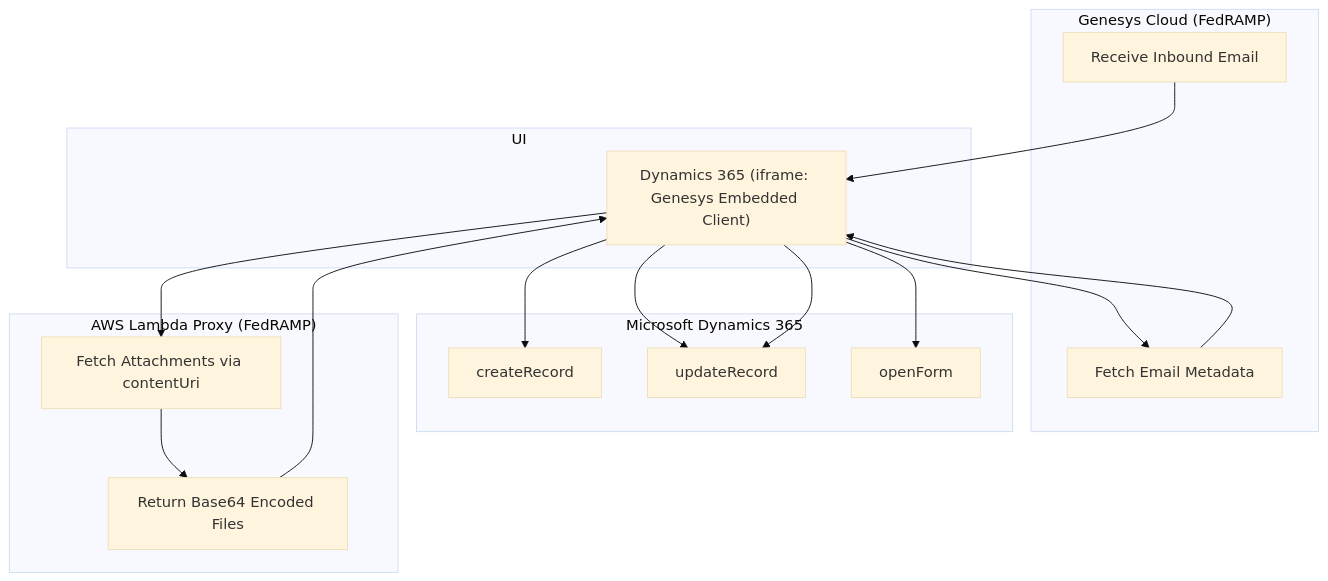
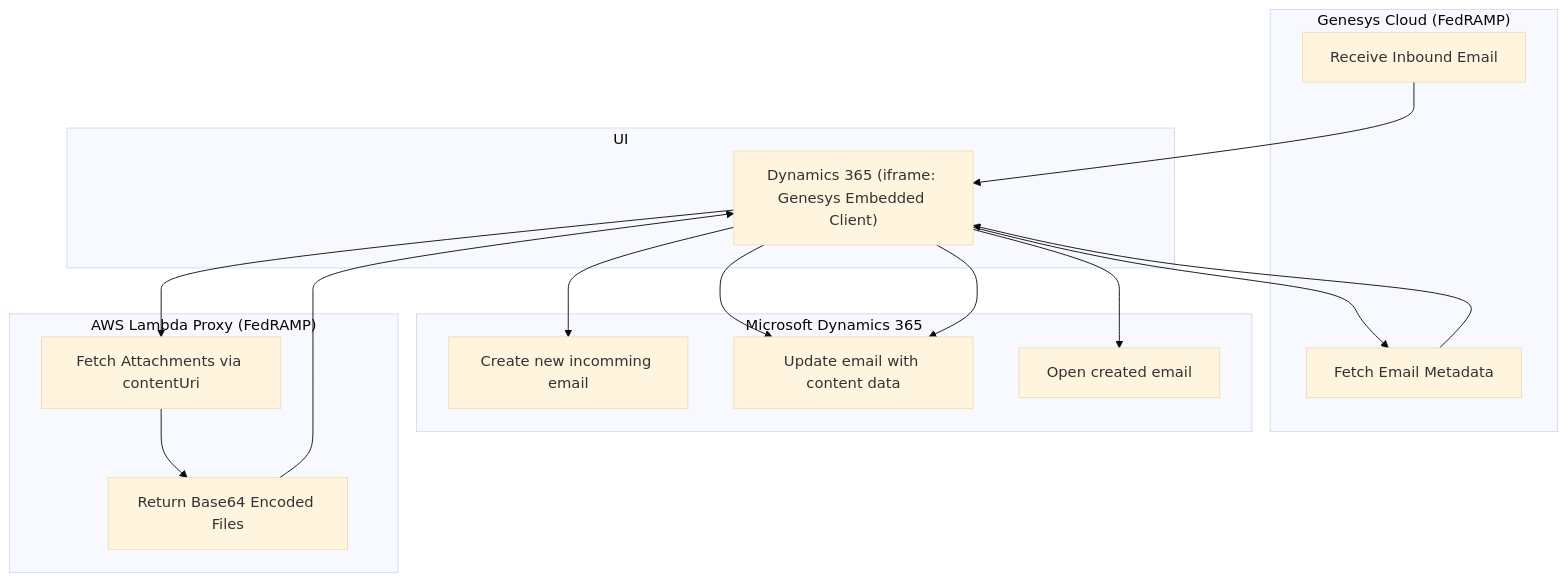
The second of 2 diagrams in 2.md (Elishava/test), drawn with Mermaid (base theme) before and after one commit.

````diff
--- a/2.md
+++ b/2.md
@@ -91,37 +91,37 @@
 ```mermaid
 
 flowchart TB
   %% Nodes grouped logically with clearer names and vertical layout
 
   subgraph UI
     A["Dynamics 365 (iframe: Genesys Embedded Client)"]
   end
 
   subgraph Genesys["Genesys Cloud (FedRAMP)"]
     B["Receive Inbound Email"]
     C["Fetch Email Metadata"]
   end
 
   subgraph Dynamics["Microsoft Dynamics 365"]
-    D["createRecord"]
-    E["updateRecord"]
-    F["openForm"]
+    D["Сreate new incomming email"]
+    E["Update email with content data"]
+    F["Open created email"]
   end
 
   subgraph AWS["AWS Lambda Proxy (FedRAMP)"]
     G["Fetch Attachments via contentUri"]
     H["Return Base64 Encoded Files"]
   end
 
   %% Flow
   B --> A
   A --> D
   A --> C
   C --> A
   A --> E
   A --> G
   G --> H
   H --> A
   A --> E
   A --> F
 ```
````
